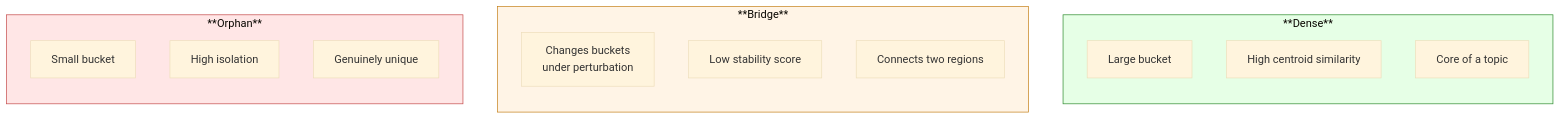
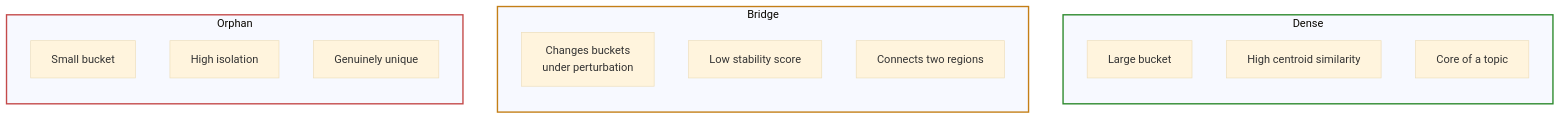
The second of 4 diagrams in docs/how-it-works.qmd (jdonaldson/dyf), drawn with Mermaid (base theme) before and after one commit. The commit also changed other lines of this file and 1 other file, not shown here.

First line of the commit message:
Fix Mermaid rendering: use <br/> for line breaks, stroke-only for theme compat

````diff
--- a/docs/how-it-works.qmd
+++ b/docs/how-it-works.qmd
@@ -85,28 +85,28 @@
 ```{mermaid}
 %%| fig-width: 8
 flowchart TD
-    subgraph dense["**Dense**"]
+    subgraph dense ["Dense"]
         direction TB
         D1["Large bucket"]
         D2["High centroid similarity"]
         D3["Core of a topic"]
     end
 
-    subgraph bridge["**Bridge**"]
+    subgraph bridge ["Bridge"]
         direction TB
-        B1["Changes buckets\nunder perturbation"]
+        B1["Changes buckets<br/>under perturbation"]
         B2["Low stability score"]
         B3["Connects two regions"]
     end
 
-    subgraph orphan["**Orphan**"]
+    subgraph orphan ["Orphan"]
         direction TB
         O1["Small bucket"]
         O2["High isolation"]
         O3["Genuinely unique"]
     end
 
-    style dense fill:#e6ffe6,stroke:#2d8a2d
-    style bridge fill:#fff4e6,stroke:#c47f17
-    style orphan fill:#ffe6e6,stroke:#c44a4a
+    style dense stroke:#2d8a2d,stroke-width:2
+    style bridge stroke:#c47f17,stroke-width:2
+    style orphan stroke:#c44a4a,stroke-width:2
 ```
````
